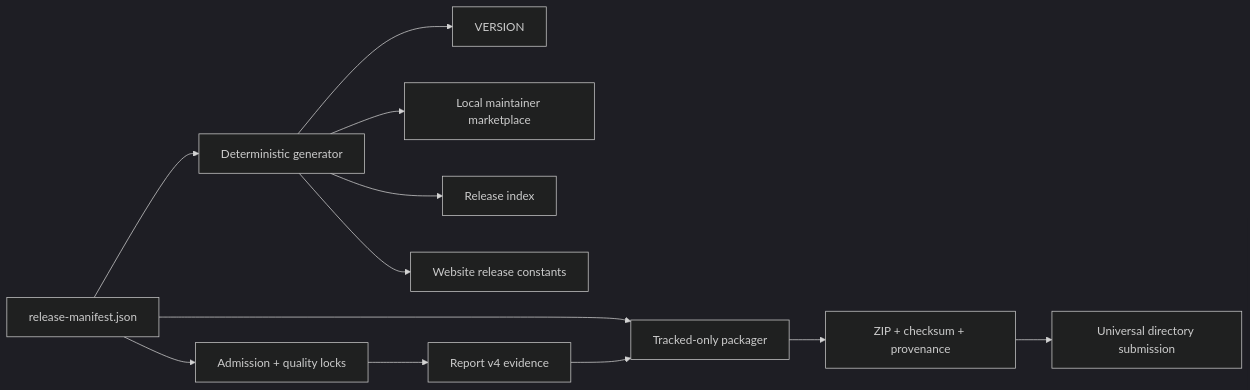
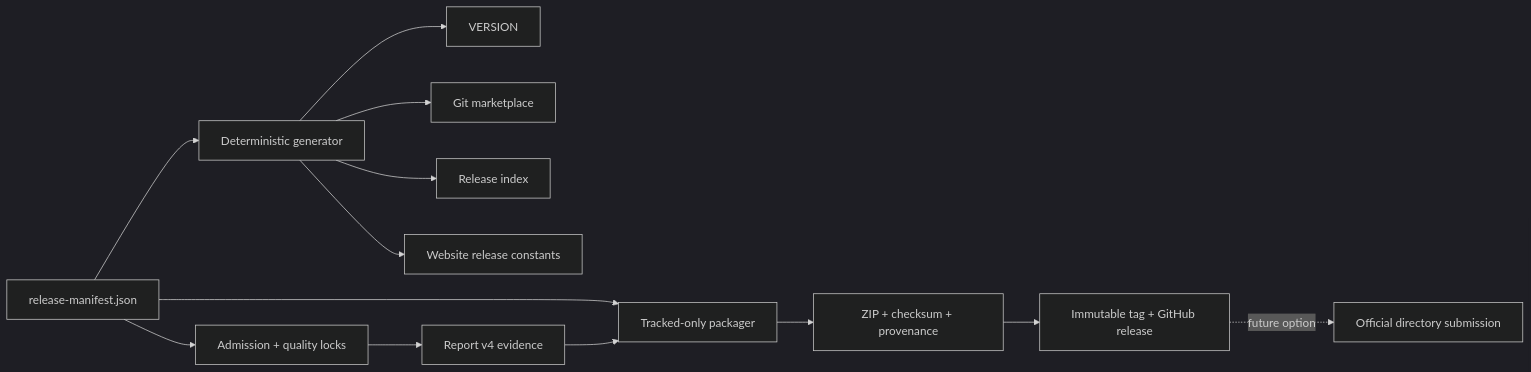
One commit to gloamere/Tessera changed the diagram in docs/ARCHITECTURE.md. Above: the diagram before and after it, drawn with Mermaid (dark theme). The commit also changed other lines of this file and 40 other files, not shown here.

Commit message:
切换 Git marketplace 发布并收紧低 Token 门禁

````diff
--- a/docs/ARCHITECTURE.md
+++ b/docs/ARCHITECTURE.md
@@ -30,14 +30,15 @@
 ```mermaid
 flowchart LR
     R["release-manifest.json"] --> G["Deterministic generator"]
     G --> V["VERSION"]
-    G --> M["Local maintainer marketplace"]
+    G --> M["Git marketplace"]
     G --> X["Release index"]
     G --> W["Website release constants"]
     R --> A["Admission + quality locks"]
     A --> E["Report v4 evidence"]
     R --> P["Tracked-only packager"]
     E --> P
     P --> Z["ZIP + checksum + provenance"]
-    Z --> D["Universal directory submission"]
+    Z --> T["Immutable tag + GitHub release"]
+    T -. future option .-> D["Official directory submission"]
 ```
````
